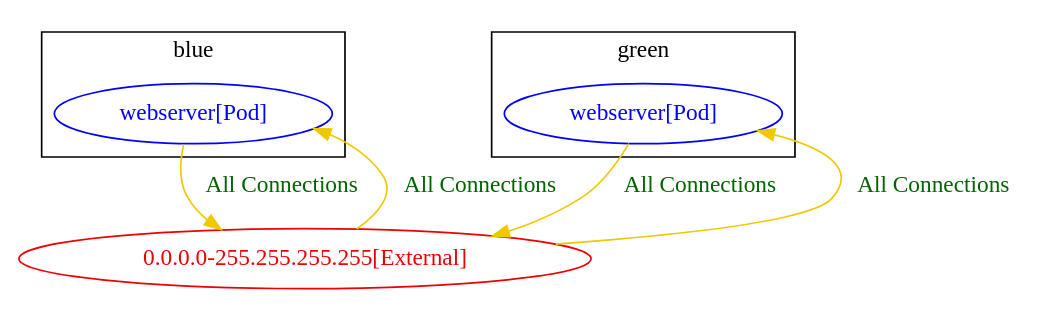
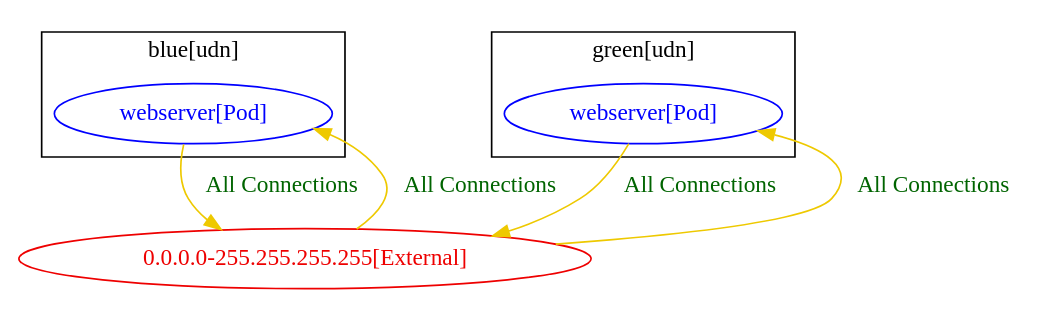
The diagram in test_outputs/connlist/udn_test_1_connlist_output.dot (np-guard/netpol-analyzer), drawn with Graphviz before and after one commit. The commit also changed 28 other files, not shown here.

Commit message:
add [udn] label to udn-namespaces in connlist output

```diff
--- a/test_outputs/connlist/udn_test_1_connlist_output.dot
+++ b/test_outputs/connlist/udn_test_1_connlist_output.dot
@@ -1,19 +1,19 @@
 digraph {
-	subgraph "cluster_blue" {
+	subgraph "cluster_blue[udn]" {
 		color="black"
 		fontcolor="black"
-		"blue/webserver[Pod]" [label="webserver[Pod]" color="blue" fontcolor="blue"]
-		label="blue"
+		"blue[udn]/webserver[Pod]" [label="webserver[Pod]" color="blue" fontcolor="blue"]
+		label="blue[udn]"
 	}
-	subgraph "cluster_green" {
+	subgraph "cluster_green[udn]" {
 		color="black"
 		fontcolor="black"
-		"green/webserver[Pod]" [label="webserver[Pod]" color="blue" fontcolor="blue"]
-		label="green"
+		"green[udn]/webserver[Pod]" [label="webserver[Pod]" color="blue" fontcolor="blue"]
+		label="green[udn]"
 	}
 	"0.0.0.0-255.255.255.255[External]" [label="0.0.0.0-255.255.255.255[External]" color="red2" fontcolor="red2"]
-	"0.0.0.0-255.255.255.255[External]" -> "blue/webserver[Pod]" [label="All Connections" color="gold2" fontcolor="darkgreen" weight=0.5]
-	"0.0.0.0-255.255.255.255[External]" -> "green/webserver[Pod]" [label="All Connections" color="gold2" fontcolor="darkgreen" weight=0.5]
-	"blue/webserver[Pod]" -> "0.0.0.0-255.255.255.255[External]" [label="All Connections" color="gold2" fontcolor="darkgreen" weight=1]
-	"green/webserver[Pod]" -> "0.0.0.0-255.255.255.255[External]" [label="All Connections" color="gold2" fontcolor="darkgreen" weight=1]
+	"0.0.0.0-255.255.255.255[External]" -> "blue[udn]/webserver[Pod]" [label="All Connections" color="gold2" fontcolor="darkgreen" weight=0.5]
+	"0.0.0.0-255.255.255.255[External]" -> "green[udn]/webserver[Pod]" [label="All Connections" color="gold2" fontcolor="darkgreen" weight=0.5]
+	"blue[udn]/webserver[Pod]" -> "0.0.0.0-255.255.255.255[External]" [label="All Connections" color="gold2" fontcolor="darkgreen" weight=1]
+	"green[udn]/webserver[Pod]" -> "0.0.0.0-255.255.255.255[External]" [label="All Connections" color="gold2" fontcolor="darkgreen" weight=1]
 }
```
